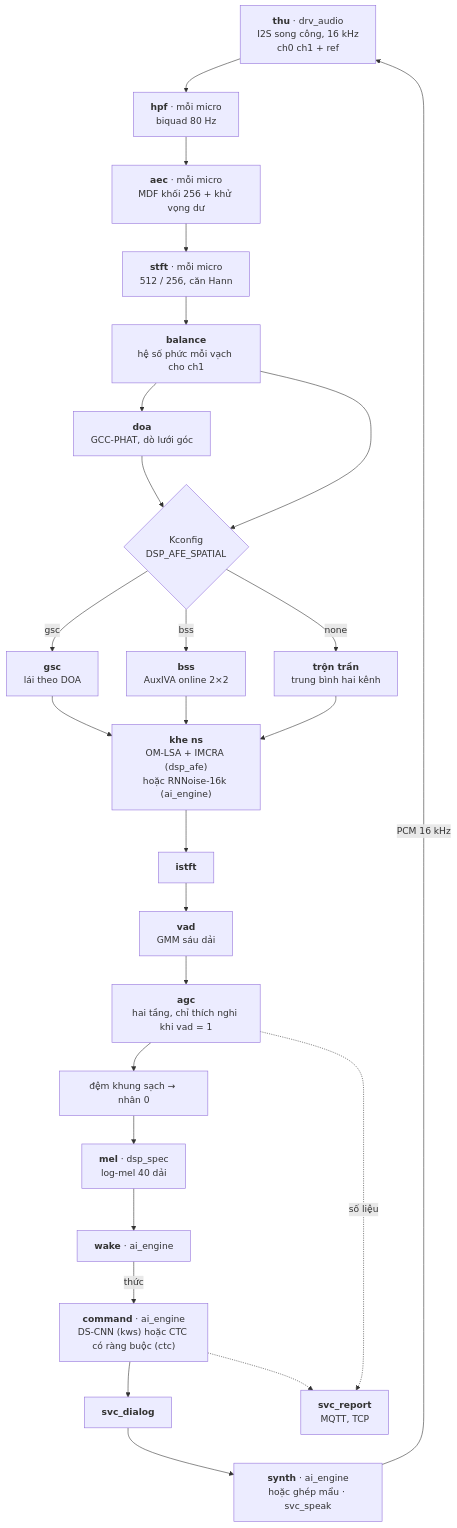
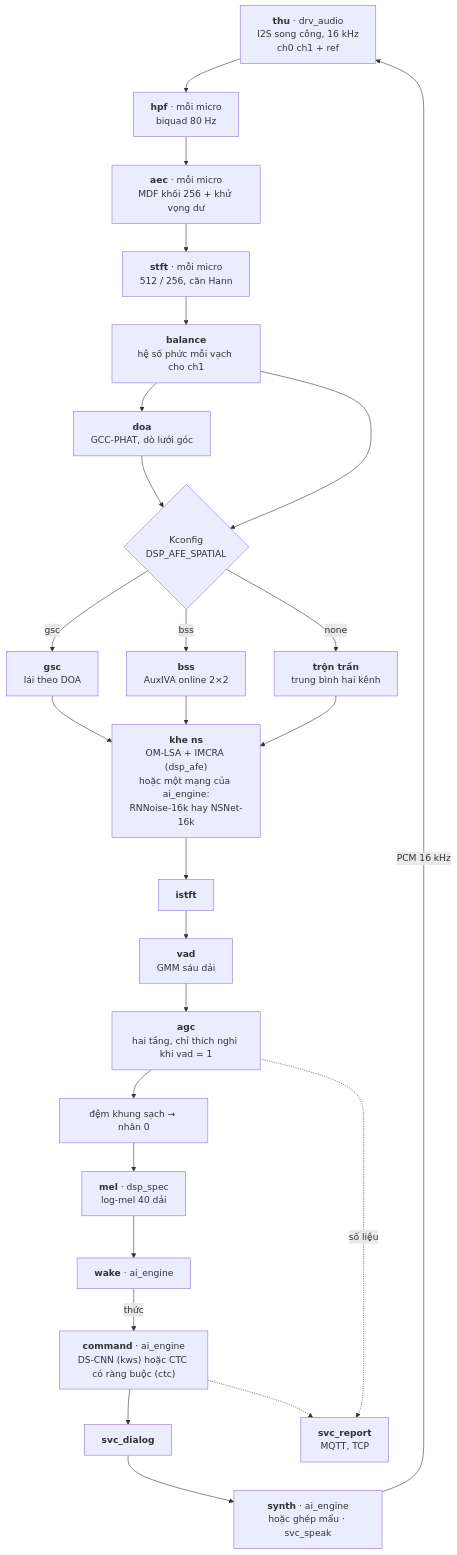
Before and after one commit to dovanviet04112004/esp-sr: the diagram in docs/KE_HOACH_esp_sr_esp32s3.md, drawn with Mermaid. The commit also changed other lines of this file and 1 other file, not shown here.

First line of the commit message:
docs(plan): train two ns candidates in one run, NSNet-16k up to nsnet2's cost

````diff
--- a/docs/KE_HOACH_esp_sr_esp32s3.md
+++ b/docs/KE_HOACH_esp_sr_esp32s3.md
@@ -382,28 +383,28 @@
 ```mermaid
 flowchart TB
     A["<b>thu</b> · drv_audio<br/>I2S song công, 16 kHz<br/>ch0 ch1 + ref"] --> B
     B["<b>hpf</b> · mỗi micro<br/>biquad 80 Hz"] --> C
     C["<b>aec</b> · mỗi micro<br/>MDF khối 256 + khử vọng dư"] --> D
     D["<b>stft</b> · mỗi micro<br/>512 / 256, căn Hann"] --> E
     E["<b>balance</b><br/>hệ số phức mỗi vạch cho ch1"] --> F
     F["<b>doa</b><br/>GCC-PHAT, dò lưới góc"] --> G
     E --> G
     G{"Kconfig<br/>DSP_AFE_SPATIAL"} -->|"gsc"| H1["<b>gsc</b><br/>lái theo DOA"]
     G -->|"bss"| H2["<b>bss</b><br/>AuxIVA online 2×2"]
     G -->|"none"| H3["<b>trộn trần</b><br/>trung bình hai kênh"]
     H1 --> I
     H2 --> I
     H3 --> I
-    I["<b>khe ns</b><br/>OM-LSA + IMCRA (dsp_afe)<br/>hoặc RNNoise-16k (ai_engine)"] --> J
+    I["<b>khe ns</b><br/>OM-LSA + IMCRA (dsp_afe)<br/>hoặc một mạng của ai_engine:<br/>RNNoise-16k hay NSNet-16k"] --> J
     J["<b>istft</b>"] --> K
     K["<b>vad</b><br/>GMM sáu dải"] --> L
     L["<b>agc</b><br/>hai tầng, chỉ thích nghi khi vad = 1"] --> M
     M["đệm khung sạch → nhân 0"] --> N
     N["<b>mel</b> · dsp_spec<br/>log-mel 40 dải"] --> O
     O["<b>wake</b> · ai_engine"] -->|"thức"| P
     P["<b>command</b> · ai_engine<br/>DS-CNN (kws) hoặc CTC có ràng buộc (ctc)"] --> Q
     Q["<b>svc_dialog</b>"] --> R
     R["<b>synth</b> · ai_engine<br/>hoặc ghép mẩu · svc_speak"] -->|"PCM 16 kHz"| A
     L -.->|"số liệu"| S["<b>svc_report</b><br/>MQTT, TCP"]
     P -.-> S
 ```
````
